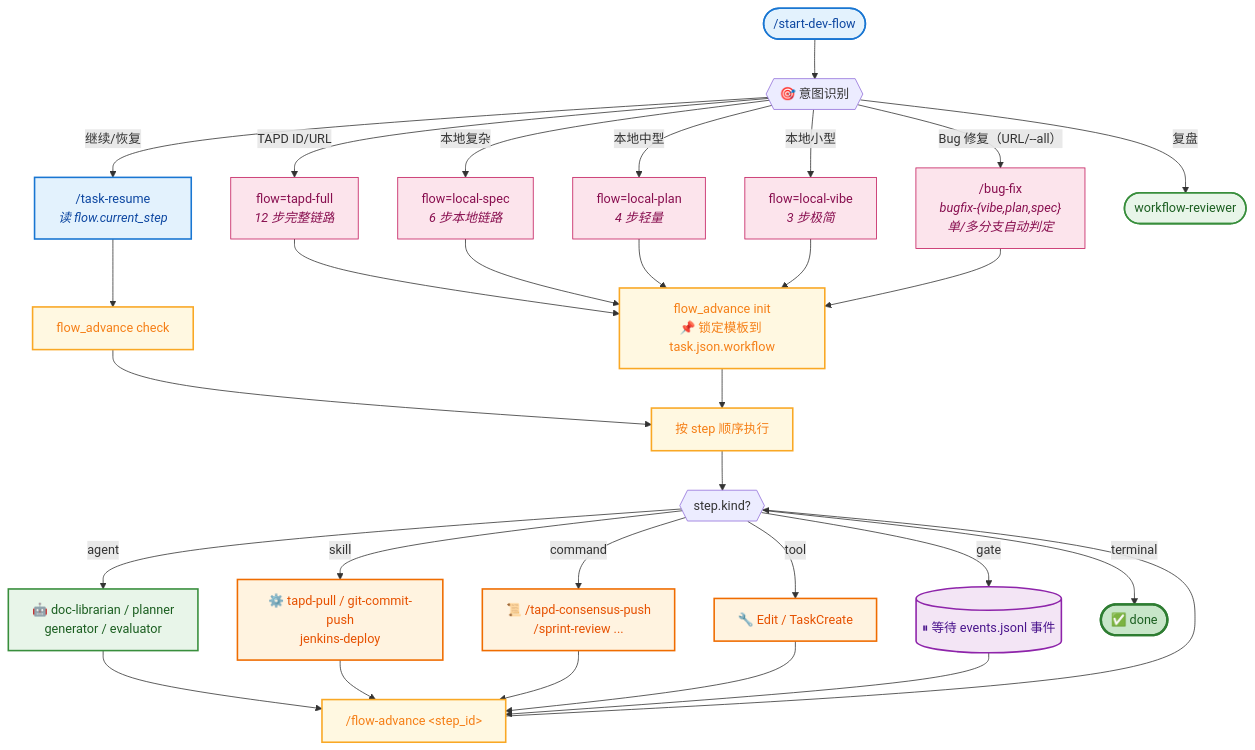
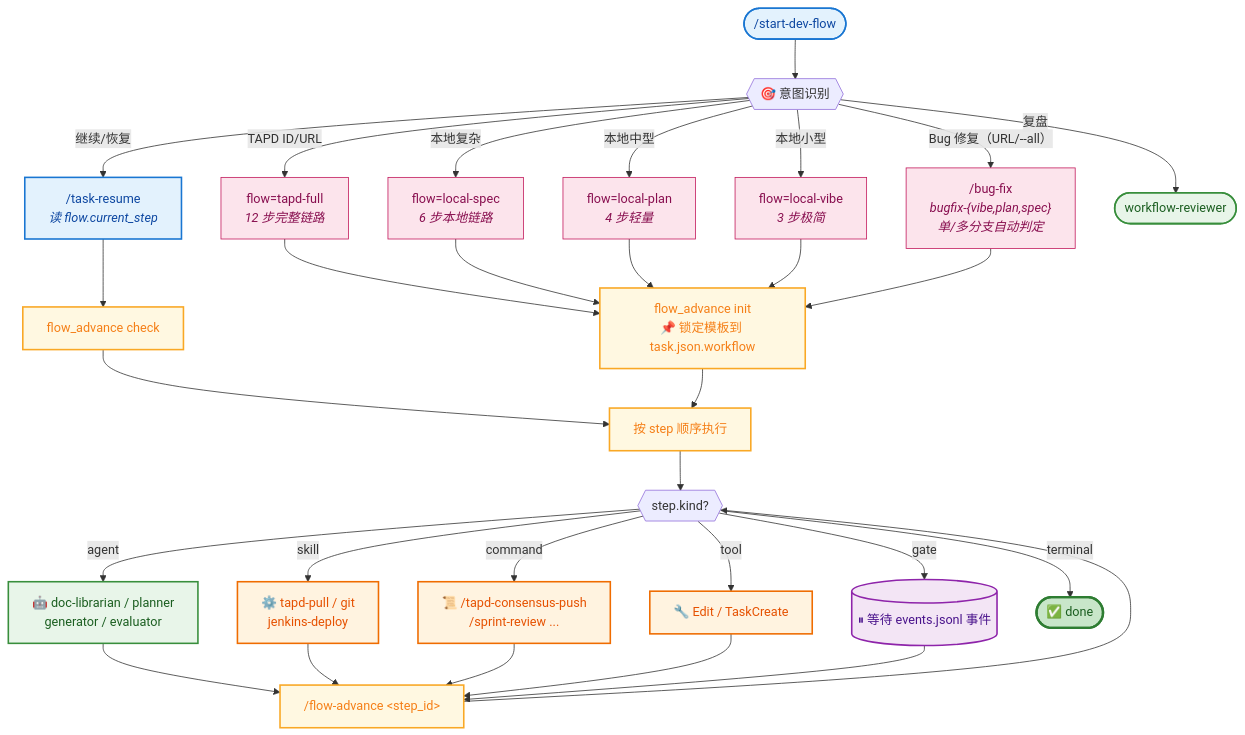
One commit to dd-xiaozhi/dev-agent-flow changed the first of 16 diagrams in README.md. Above: the diagram before and after it, drawn with Mermaid. The commit also changed other lines of this file and 34 other files, not shown here.

First line of the commit message:
refactor(skill): 合并 git skills + 下线 workflow-state.json + flow 仅保留当前步骤

````diff
--- a/README.md
+++ b/README.md
@@ -13,46 +13,46 @@
 ```mermaid
 flowchart TD
     START(["/start-dev-flow"]) --> 识别{{"🎯 意图识别"}}
 
     识别 -->|TAPD ID/URL| F1["flow=tapd-full<br/><i>12 步完整链路</i>"]
     识别 -->|本地复杂| F2["flow=local-spec<br/><i>6 步本地链路</i>"]
     识别 -->|本地中型| F3["flow=local-plan<br/><i>4 步轻量</i>"]
     识别 -->|本地小型| F4["flow=local-vibe<br/><i>3 步极简</i>"]
     识别 -->|"Bug 修复（URL/--all）"| BF["/bug-fix<br/><i>bugfix-{vibe,plan,spec}</i><br/><i>单/多分支自动判定</i>"]
     识别 -->|继续/恢复| RES["/task-resume<br/><i>读 flow.current_step</i>"]
     识别 -->|复盘| REV([workflow-reviewer])
 
     F1 & F2 & F3 & F4 & BF --> INIT["flow_advance init<br/>📌 锁定模板到 task.json.workflow"]
     RES --> CHECK["flow_advance check"]
     CHECK --> EXEC
 
     INIT --> EXEC["按 step 顺序执行"]
     EXEC --> KIND{{"step.kind?"}}
 
     KIND -->|agent| KA["🤖 doc-librarian / planner<br/>generator / evaluator"]
-    KIND -->|skill| KS["⚙️ tapd-pull / git-commit-push<br/>jenkins-deploy"]
+    KIND -->|skill| KS["⚙️ tapd-pull / git<br/>jenkins-deploy"]
     KIND -->|command| KC["📜 /tapd-consensus-push<br/>/sprint-review ..."]
     KIND -->|tool| KT["🔧 Edit / TaskCreate"]
     KIND -->|gate| KG[("⏸ 等待 events.jsonl 事件")]
     KIND -->|terminal| END(["✅ done"])
 
     KA & KS & KC & KT & KG --> ADV["/flow-advance &lt;step_id&gt;"]
     ADV --> KIND
 
     classDef entry fill:#e3f2fd,stroke:#1976d2,stroke-width:2px,color:#0d47a1
     classDef ctrl fill:#fff8e1,stroke:#f9a825,stroke-width:2px,color:#f57f17
     classDef agent fill:#e8f5e9,stroke:#388e3c,stroke-width:2px,color:#1b5e20
     classDef skill fill:#fff3e0,stroke:#ef6c00,stroke-width:2px,color:#e65100
     classDef gate fill:#f3e5f5,stroke:#8e24aa,stroke-width:2px,color:#4a148c
     classDef done fill:#c8e6c9,stroke:#2e7d32,stroke-width:3px,color:#1b5e20
     classDef tpl fill:#fce4ec,stroke:#c2185b,stroke-width:1px,color:#880e4f
 
     class START,RES entry
     class INIT,CHECK,EXEC,ADV ctrl
     class KA agent
     class KS,KC,KT skill
     class KG gate
     class END done
     class F1,F2,F3,F4,BF tpl
     class REV agent
 ```
````
